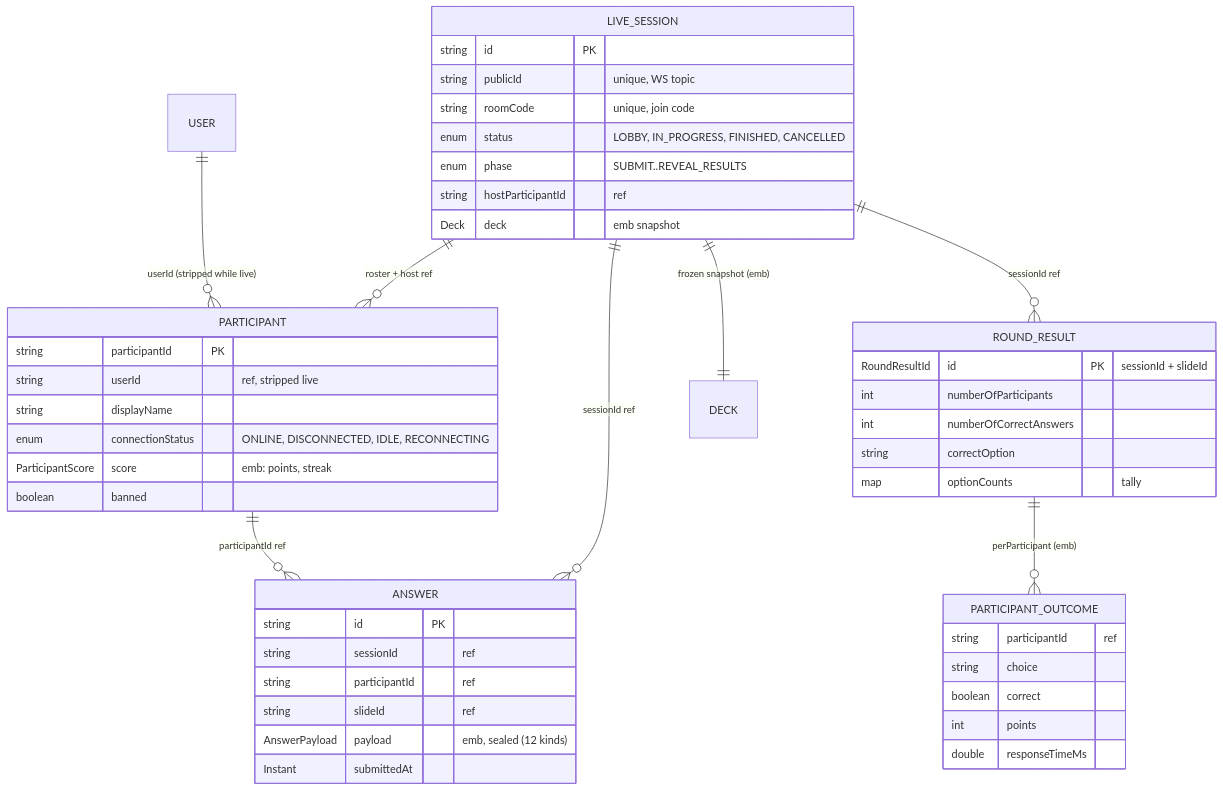
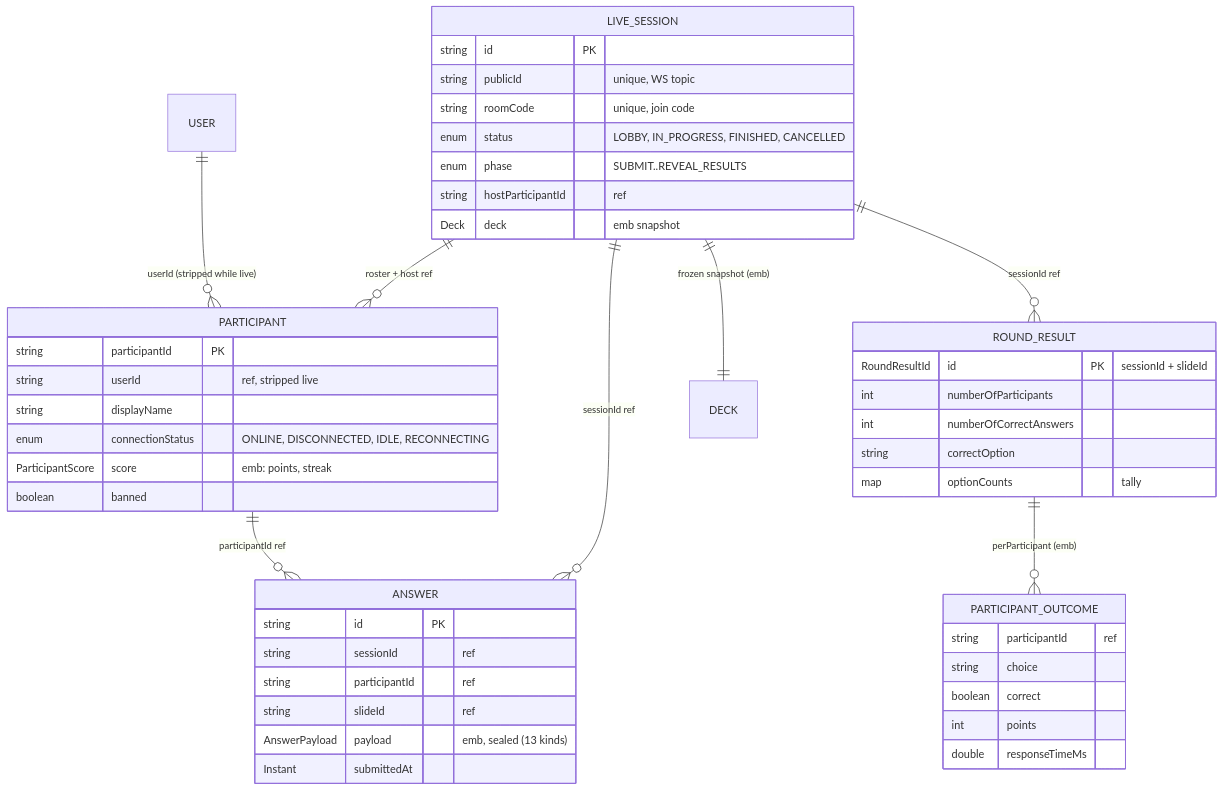
Before and after one commit to Saganaut/ambi: the third of 6 diagrams in z-docs/diagrams/domain-model.md, drawn with Mermaid. The commit also changed other lines of this file and 4 other files, not shown here.

````diff
--- a/z-docs/diagrams/domain-model.md
+++ b/z-docs/diagrams/domain-model.md
@@ -143,50 +143,50 @@
 ```mermaid
 erDiagram
     LIVE_SESSION ||--o{ PARTICIPANT : "roster + host ref"
     LIVE_SESSION ||--o{ ANSWER : "sessionId ref"
     LIVE_SESSION ||--o{ ROUND_RESULT : "sessionId ref"
     LIVE_SESSION ||--|| DECK : "frozen snapshot (emb)"
     PARTICIPANT ||--o{ ANSWER : "participantId ref"
     ROUND_RESULT ||--o{ PARTICIPANT_OUTCOME : "perParticipant (emb)"
     USER ||--o{ PARTICIPANT : "userId (stripped while live)"
 
     LIVE_SESSION {
         string id PK
         string publicId "unique, WS topic"
         string roomCode "unique, join code"
         enum status "LOBBY, IN_PROGRESS, FINISHED, CANCELLED"
         enum phase "SUBMIT..REVEAL_RESULTS"
         string hostParticipantId "ref"
         Deck deck "emb snapshot"
     }
     PARTICIPANT {
         string participantId PK
         string userId "ref, stripped live"
         string displayName
         enum connectionStatus "ONLINE, DISCONNECTED, IDLE, RECONNECTING"
         ParticipantScore score "emb: points, streak"
         boolean banned
     }
     ANSWER {
         string id PK
         string sessionId "ref"
         string participantId "ref"
         string slideId "ref"
-        AnswerPayload payload "emb, sealed (12 kinds)"
+        AnswerPayload payload "emb, sealed (13 kinds)"
         Instant submittedAt
     }
     ROUND_RESULT {
         RoundResultId id PK "sessionId + slideId"
         int numberOfParticipants
         int numberOfCorrectAnswers
         string correctOption
         map optionCounts "tally"
     }
     PARTICIPANT_OUTCOME {
         string participantId "ref"
         string choice
         boolean correct
         int points
         double responseTimeMs
     }
 ```
````
